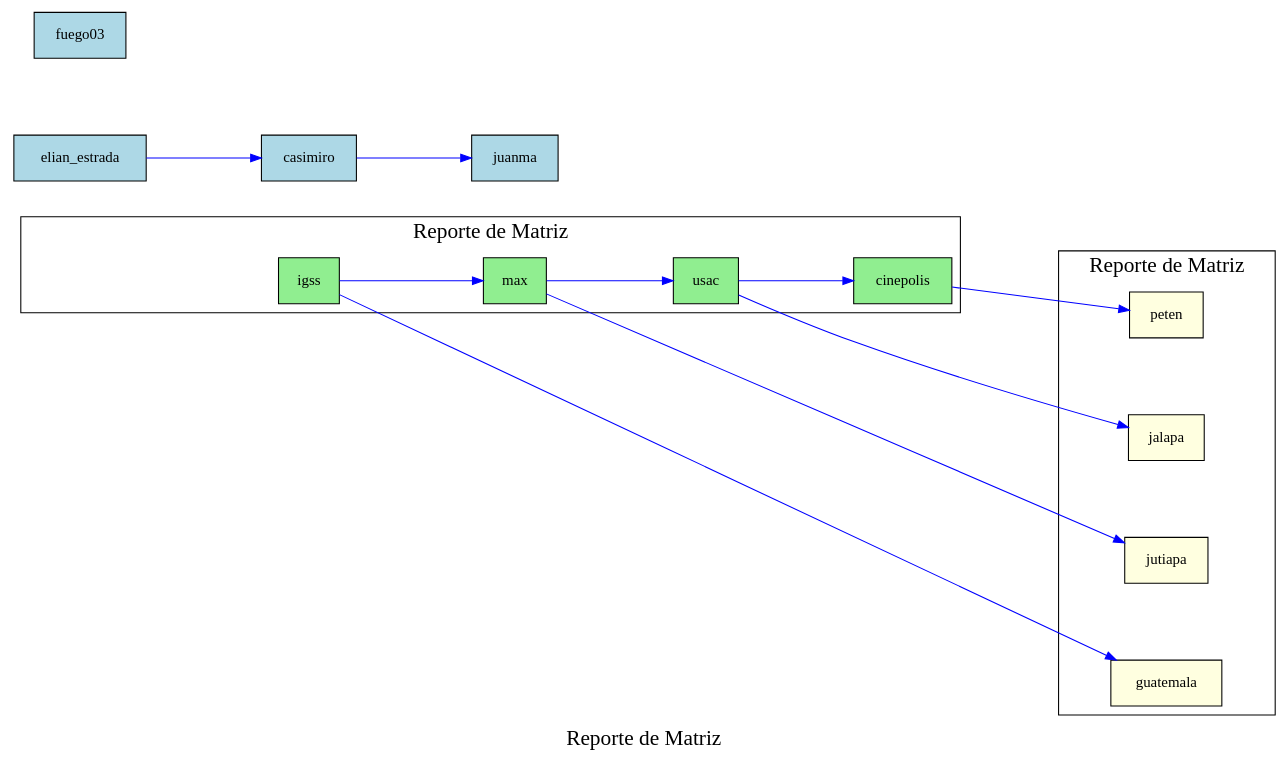
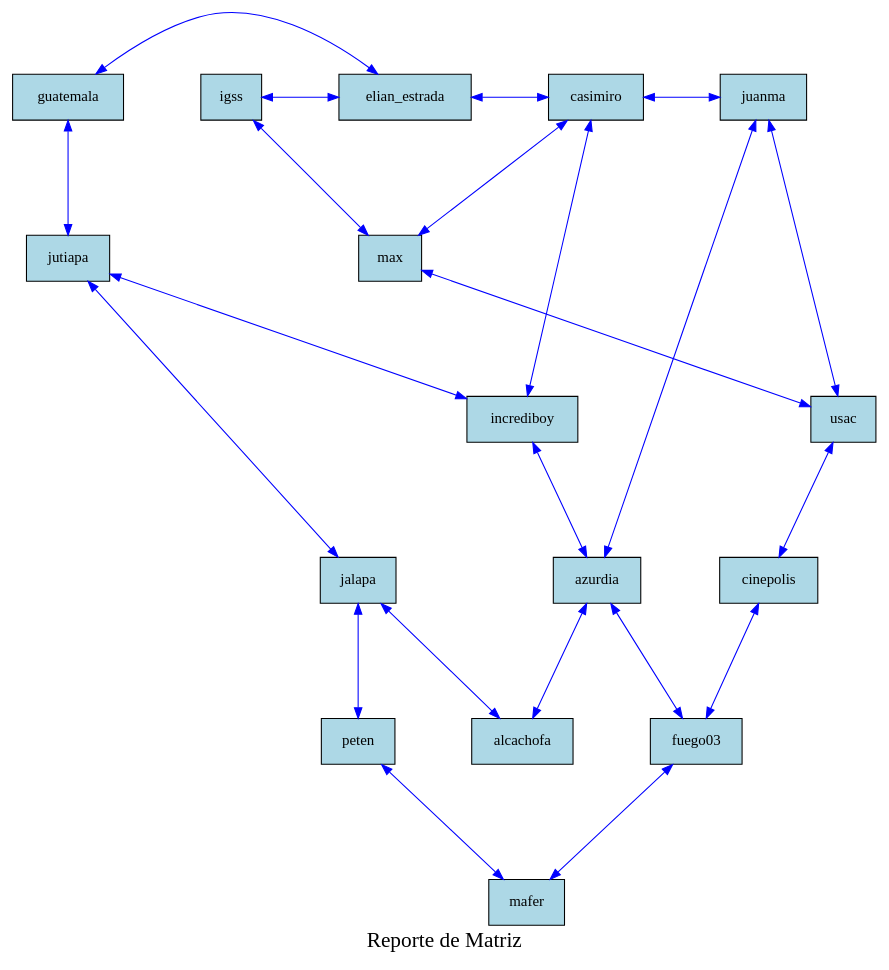
One commit to Ennero/EDD_Proyecto1_Vacas2_202302220 changed the diagram in Proyecto1/cmake-build-debug/reporteMatriz.dot. Above: the diagram before and after it, drawn with Graphviz. The commit also changed 11 other files, not shown here.

```diff
--- a/Proyecto1/cmake-build-debug/reporteMatriz.dot
+++ b/Proyecto1/cmake-build-debug/reporteMatriz.dot
@@ -1,38 +1,49 @@
 digraph G {
-  rankdir=LR; // Orientación horizontal para las cabeceras
-  node [shape=box, style=filled, fillcolor=lightblue, margin=0.2];
-  edge [style=solid, color=blue];
-  graph [ranksep=1.5, nodesep=1];
-  graph [label="Reporte de Matriz", fontsize=20, fontcolor=black];
-  subgraph cluster_verticales {
-    rankdir=TB;
-    node [shape=box, style=filled, fillcolor=lightgreen];
-    invisible_[style=invis];
-    invisible_-> v_0 [style=invis];
-    v_0 [label="igss"];
-    v_0 -> v_1;
-    v_1 [label="max"];
-    v_1 -> v_2;
-    v_2 [label="usac"];
-    v_2 -> v_3;
-    v_3 [label="cinepolis"];
-  }
-  subgraph cluster_horizontales {
-    rank=same;
-    node [shape=box, style=filled, fillcolor=lightyellow];
-    h_0 [label="guatemala"];
-    h_1 [label="jutiapa"];
-    h_2 [label="jalapa"];
-    h_3 [label="peten"];
-  }
-v_0 -> h_0[ltail=cluster_verticales, lhead=cluster_horizontales, constraint=true];
-v_1 -> h_1[ltail=cluster_verticales, lhead=cluster_horizontales, constraint=true];
-v_2 -> h_2[ltail=cluster_verticales, lhead=cluster_horizontales, constraint=true];
-v_3 -> h_3[ltail=cluster_verticales, lhead=cluster_horizontales, constraint=true];
-    nodo_0_0 [label="elian_estrada"];
-    nodo_0_0 -> nodo_0_1;
-    nodo_0_1 [label="casimiro"];
-    nodo_0_1 -> nodo_0_2;
-    nodo_0_2 [label="juanma"];
-    nodo_1_3 [label="fuego03"];
+ rankdir=TB;
+ node [shape=box, style=filled, fillcolor=lightblue, margin=0.2];
+edge [style=solid, color=blue];
+ graph [ranksep=1.5, nodesep=1];
+graph [label="Reporte de Matriz", fontsize=20, fontcolor=black];
+    invisible_[label="invisible"style=invis];
+    invisible_-> nodo_2017204330608 [style=invis];
+    nodo_2017204330608 [label="igss"style=filled, fillcolor=lightblue];
+    nodo_2017204330608 -> nodo_2017204332800 [dir=both];
+    nodo_2017204330608 -> nodo_2017204312944 [dir=both];
+    nodo_2017204332800 [label="max"style=filled, fillcolor=lightblue];
+    nodo_2017204332800 -> nodo_2017204333728 [dir=both];
+    nodo_2017204332800 -> nodo_2017204925504 [dir=both];
+    nodo_2017204333728 [label="usac"style=filled, fillcolor=lightblue];
+    nodo_2017204333728 -> nodo_2017204920720 [dir=both];
+    nodo_2017204333728 -> nodo_2017204925216 [dir=both];
+    nodo_2017204920720 [label="cinepolis"style=filled, fillcolor=lightblue];
+    nodo_2017204920720 -> nodo_2017204926656 [dir=both];
+    nodo_2017204330256 [label="guatemala"style=filled, fillcolor=lightblue];
+    nodo_2017204330256 -> nodo_2017204312944 [dir=both];
+    nodo_2017204330256 -> nodo_2017204332512 [dir=both];
+    nodo_2017204312944 [label="elian_estrada"style=filled, fillcolor=lightblue];
+    nodo_2017204312944 -> nodo_2017204925504 [dir=both];
+    nodo_2017204925504 [label="casimiro"style=filled, fillcolor=lightblue];
+    nodo_2017204925504 -> nodo_2017204925216 [dir=both];
+    nodo_2017204925504 -> nodo_2017204927520 [dir=both];
+    nodo_2017204925216 [label="juanma"style=filled, fillcolor=lightblue];
+    nodo_2017204925216 -> nodo_2017204927232 [dir=both];
+    nodo_2017204332512 [label="jutiapa"style=filled, fillcolor=lightblue];
+    nodo_2017204332512 -> nodo_2017204927520 [dir=both];
+    nodo_2017204332512 -> nodo_2017204333376 [dir=both];
+    nodo_2017204927520 [label="incrediboy"style=filled, fillcolor=lightblue];
+    nodo_2017204927520 -> nodo_2017204927232 [dir=both];
+    nodo_2017204927232 [label="azurdia"style=filled, fillcolor=lightblue];
+    nodo_2017204927232 -> nodo_2017204926656 [dir=both];
+    nodo_2017204927232 -> nodo_2017204341664 [dir=both];
+    nodo_2017204926656 [label="fuego03"style=filled, fillcolor=lightblue];
+    nodo_2017204926656 -> nodo_2017204334080 [dir=both];
+    nodo_2017204333376 [label="jalapa"style=filled, fillcolor=lightblue];
+    nodo_2017204333376 -> nodo_2017204341664 [dir=both];
+    nodo_2017204333376 -> nodo_2017204334432 [dir=both];
+    nodo_2017204341664 [label="alcachofa"style=filled, fillcolor=lightblue];
+    nodo_2017204334432 [label="peten"style=filled, fillcolor=lightblue];
+    nodo_2017204334432 -> nodo_2017204334080 [dir=both];
+    nodo_2017204334080 [label="mafer"style=filled, fillcolor=lightblue];
+{rank=min; nodo_2017204330256; nodo_2017204312944; nodo_2017204925504; nodo_2017204925216; }
+{rank=same; nodo_2017204330608; nodo_2017204312944; }
 }
```
